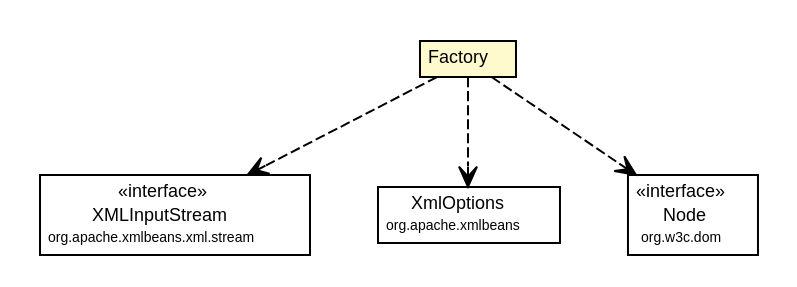
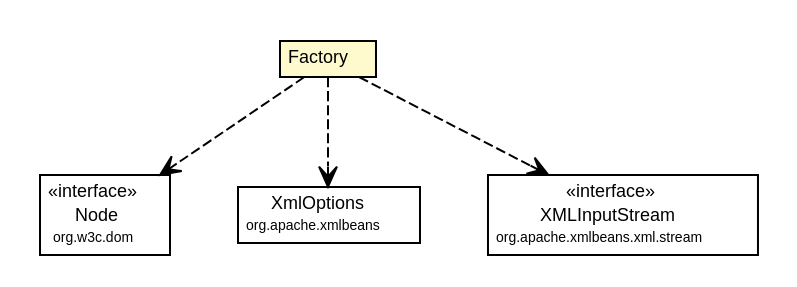
The diagram in site/apidocs/org/synchronoss/cpo/util/cpoUtilConfig/CtProtectedClasses.Factory.dot (synchronoss/cpo-util), drawn with Graphviz before and after one commit. The commit also changed 306 other files, not shown here.

Commit message:
Creating site for cpoUtil, 5.1.1-SNAPSHOT

```diff
--- a/site/apidocs/org/synchronoss/cpo/util/cpoUtilConfig/CtProtectedClasses.Factory.dot
+++ b/site/apidocs/org/synchronoss/cpo/util/cpoUtilConfig/CtProtectedClasses.Factory.dot
@@ -1,45 +1,45 @@
 #!/usr/local/bin/dot
 #
 # Class diagram 
 # Generated by UmlGraph version 4.6 (http://www.spinellis.gr/sw/umlgraph)
 #
 
 digraph G {
 	edge [fontname="Helvetica",fontsize=10,labelfontname="Helvetica",labelfontsize=10];
 	node [fontname="Helvetica",fontsize=10,shape=plaintext];
 	// org.synchronoss.cpo.util.cpoUtilConfig.CtProtectedClasses.Factory
 	c5294 [label=<<table border="0" cellborder="1" cellspacing="0" cellpadding="2" port="p" bgcolor="lemonChiffon" href="./CtProtectedClasses.Factory.html">
 		<tr><td><table border="0" cellspacing="0" cellpadding="1">
 			<tr><td> Factory </td></tr>
 		</table></td></tr>
 		</table>>, fontname="Helvetica", fontcolor="black", fontsize=9.0];
-	// org.synchronoss.cpo.util.cpoUtilConfig.CtProtectedClasses.Factory DEPEND org.apache.xmlbeans.xml.stream.XMLInputStream
+	// org.synchronoss.cpo.util.cpoUtilConfig.CtProtectedClasses.Factory DEPEND org.w3c.dom.Node
 	c5294:p -> c5303:p [taillabel="", label="", headlabel="", fontname="Helvetica", fontcolor="black", fontsize=10.0, color="black", arrowhead=open, style=dashed];
 	// org.synchronoss.cpo.util.cpoUtilConfig.CtProtectedClasses.Factory DEPEND org.apache.xmlbeans.XmlOptions
 	c5294:p -> c5304:p [taillabel="", label="", headlabel="", fontname="Helvetica", fontcolor="black", fontsize=10.0, color="black", arrowhead=open, style=dashed];
-	// org.synchronoss.cpo.util.cpoUtilConfig.CtProtectedClasses.Factory DEPEND org.w3c.dom.Node
+	// org.synchronoss.cpo.util.cpoUtilConfig.CtProtectedClasses.Factory DEPEND org.apache.xmlbeans.xml.stream.XMLInputStream
 	c5294:p -> c5305:p [taillabel="", label="", headlabel="", fontname="Helvetica", fontcolor="black", fontsize=10.0, color="black", arrowhead=open, style=dashed];
 	// org.apache.xmlbeans.xml.stream.XMLInputStream
-	c5303 [label=<<table border="0" cellborder="1" cellspacing="0" cellpadding="2" port="p" href="http://java.sun.com/j2se/1.4.2/docs/api/org/apache/xmlbeans/xml/stream/XMLInputStream.html">
+	c5305 [label=<<table border="0" cellborder="1" cellspacing="0" cellpadding="2" port="p" href="http://java.sun.com/j2se/1.4.2/docs/api/org/apache/xmlbeans/xml/stream/XMLInputStream.html">
 		<tr><td><table border="0" cellspacing="0" cellpadding="1">
 			<tr><td> &laquo;interface&raquo; </td></tr>
 			<tr><td> XMLInputStream </td></tr>
 			<tr><td><font point-size="7.0"> org.apache.xmlbeans.xml.stream </font></td></tr>
 		</table></td></tr>
 		</table>>, fontname="Helvetica", fontcolor="black", fontsize=9.0];
 	// org.w3c.dom.Node
-	c5305 [label=<<table border="0" cellborder="1" cellspacing="0" cellpadding="2" port="p" href="http://java.sun.com/j2se/1.4.2/docs/api/org/w3c/dom/Node.html">
+	c5303 [label=<<table border="0" cellborder="1" cellspacing="0" cellpadding="2" port="p" href="http://java.sun.com/j2se/1.4.2/docs/api/org/w3c/dom/Node.html">
 		<tr><td><table border="0" cellspacing="0" cellpadding="1">
 			<tr><td> &laquo;interface&raquo; </td></tr>
 			<tr><td> Node </td></tr>
 			<tr><td><font point-size="7.0"> org.w3c.dom </font></td></tr>
 		</table></td></tr>
 		</table>>, fontname="Helvetica", fontcolor="black", fontsize=9.0];
 	// org.apache.xmlbeans.XmlOptions
 	c5304 [label=<<table border="0" cellborder="1" cellspacing="0" cellpadding="2" port="p" href="http://java.sun.com/j2se/1.4.2/docs/api/org/apache/xmlbeans/XmlOptions.html">
 		<tr><td><table border="0" cellspacing="0" cellpadding="1">
 			<tr><td> XmlOptions </td></tr>
 			<tr><td><font point-size="7.0"> org.apache.xmlbeans </font></td></tr>
 		</table></td></tr>
 		</table>>, fontname="Helvetica", fontcolor="black", fontsize=9.0];
 }
```
